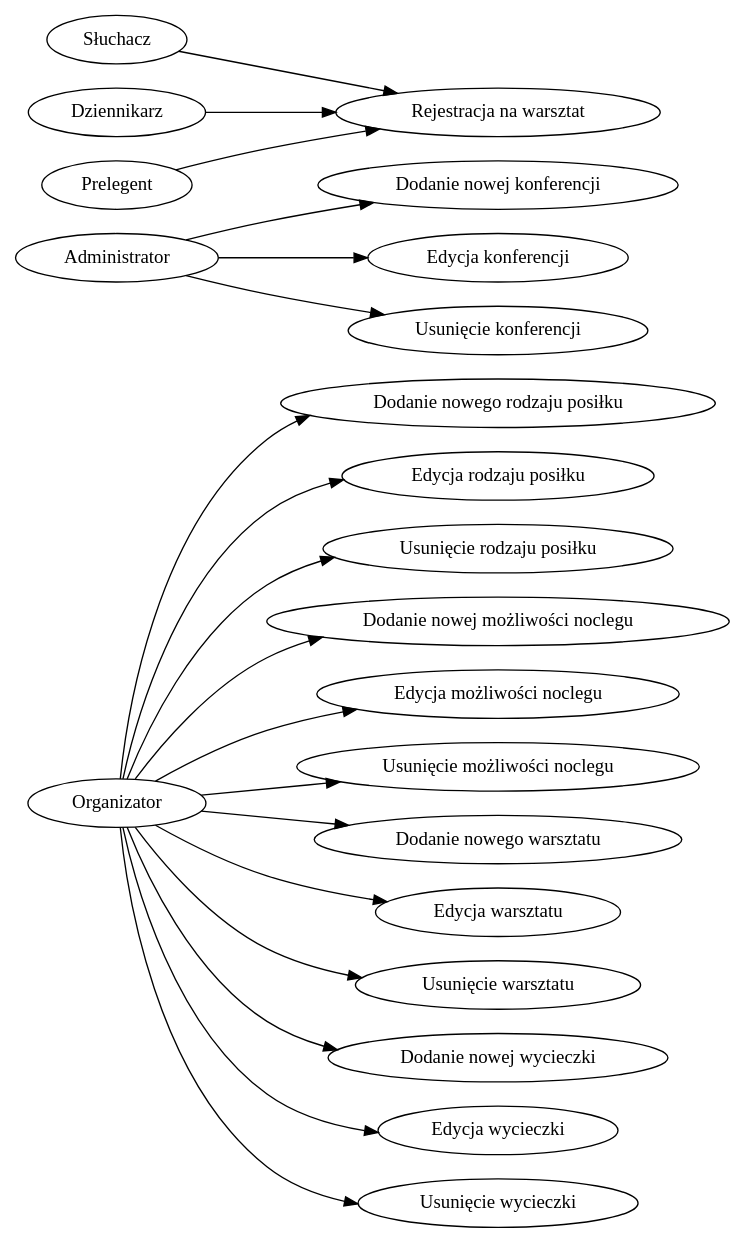
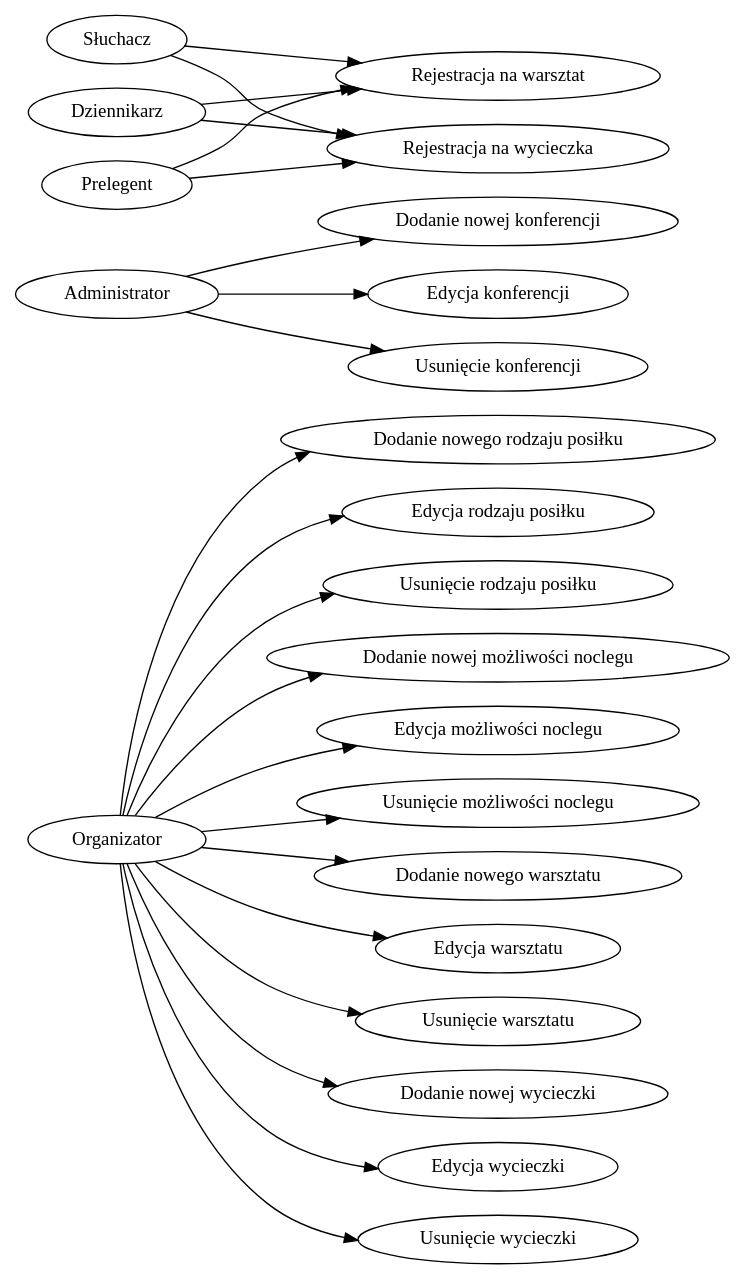
The diagram in przypadki.dot (zyla/iop_konferencja), drawn with Graphviz before and after one commit. The commit also changed 4 other files, not shown here.

```diff
--- a/przypadki.dot
+++ b/przypadki.dot
@@ -1,19 +1,22 @@
 digraph { rankdir=LR; "Organizator" -> "Dodanie nowego rodzaju posiłku"
 "Organizator" -> "Edycja rodzaju posiłku"
 "Organizator" -> "Usunięcie rodzaju posiłku"
 "Organizator" -> "Dodanie nowej możliwości noclegu"
 "Organizator" -> "Edycja możliwości noclegu"
 "Organizator" -> "Usunięcie możliwości noclegu"
 "Organizator" -> "Dodanie nowego warsztatu"
 "Organizator" -> "Edycja warsztatu"
 "Organizator" -> "Usunięcie warsztatu"
 "Organizator" -> "Dodanie nowej wycieczki"
 "Organizator" -> "Edycja wycieczki"
 "Organizator" -> "Usunięcie wycieczki"
 "Administrator" -> "Dodanie nowej konferencji"
 "Administrator" -> "Edycja konferencji"
 "Administrator" -> "Usunięcie konferencji"
 "Słuchacz" -> "Rejestracja na warsztat"
 "Dziennikarz" -> "Rejestracja na warsztat"
 "Prelegent" -> "Rejestracja na warsztat"
+"Słuchacz" -> "Rejestracja na wycieczka"
+"Dziennikarz" -> "Rejestracja na wycieczka"
+"Prelegent" -> "Rejestracja na wycieczka"
  }
```
